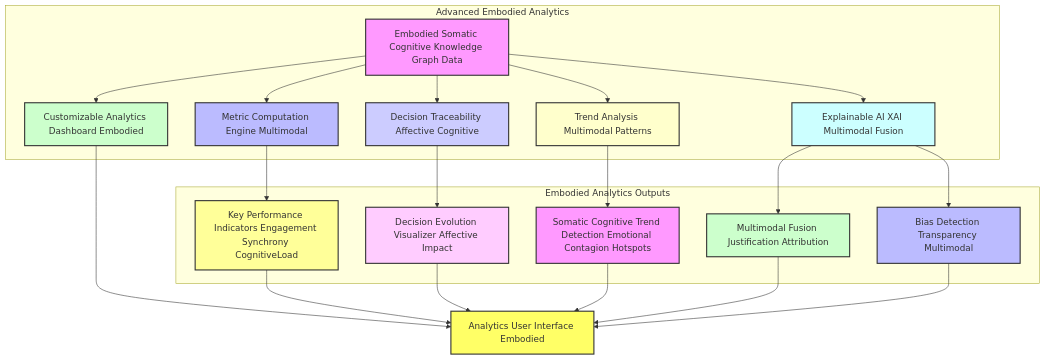
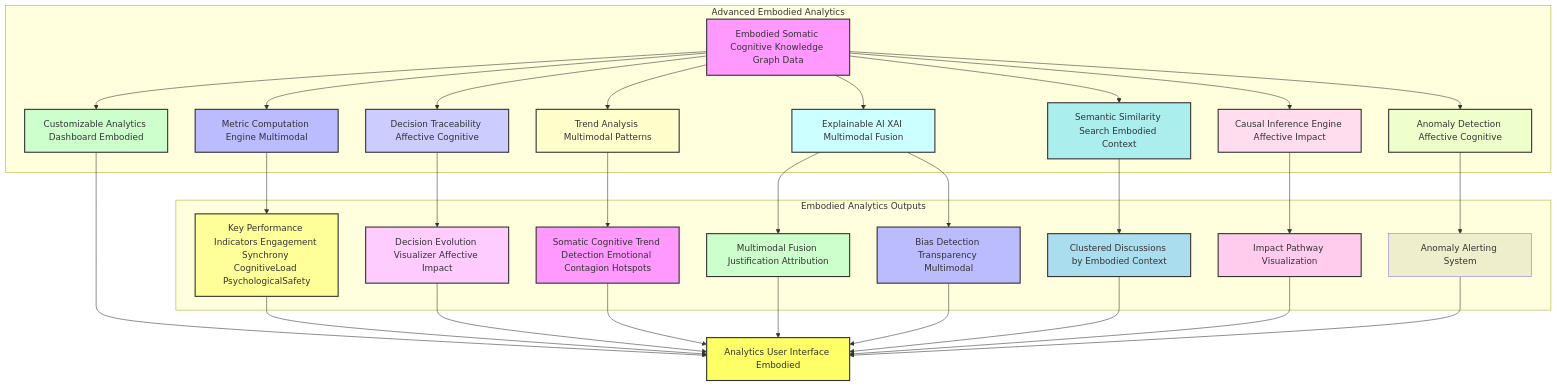
The ninth of 9 diagrams in inventions/inventions/012_holographic_meeting_scribe/014_multimodal_somatic_cognitive_graph_integration.md (diplomat-bit/Citibank_Demo_Business_Inc_Demonstration-), drawn with Mermaid before and after one commit. The commit also changed other lines of this file, not shown here.

Commit message:
[AI] Edit: inventions/inventions/012_holographic_meeting_scribe/014_multimodal_somatic_cognitive_graph_integration.md

````diff
--- a/inventions/inventions/012_holographic_meeting_scribe/014_multimodal_somatic_cognitive_graph_integration.md
+++ b/inventions/inventions/012_holographic_meeting_scribe/014_multimodal_somatic_cognitive_graph_integration.md
@@ -500,39 +789,54 @@
 ```mermaid
 graph TD
     subgraph Advanced Embodied Analytics
         ESCKG_DATA[Embodied Somatic Cognitive Knowledge Graph Data] --> DASHBOARD_E[Customizable Analytics Dashboard Embodied];
         ESCKG_DATA --> METRIC_COMPUTE_E[Metric Computation Engine Multimodal];
         ESCKG_DATA --> TRACE_DEC_E[Decision Traceability Affective Cognitive];
         ESCKG_DATA --> TREND_ANALYSIS_E[Trend Analysis Multimodal Patterns];
         ESCKG_DATA --> XAI_E[Explainable AI XAI Multimodal Fusion];
+        ESCKG_DATA --> SEM_SIM_SEARCH_E[Semantic Similarity Search Embodied Context];
+        ESCKG_DATA --> CAUSAL_INFERENCE_E[Causal Inference Engine Affective Impact];
+        ESCKG_DATA --> ANOMALY_DETECTION_E[Anomaly Detection Affective Cognitive];
     end
 
     subgraph Embodied Analytics Outputs
-        METRIC_COMPUTE_E --> KPIS_E[Key Performance Indicators Engagement Synchrony CognitiveLoad];
+        METRIC_COMPUTE_E --> KPIS_E[Key Performance Indicators Engagement Synchrony CognitiveLoad PsychologicalSafety];
         TRACE_DEC_E --> DEC_EVOL_E[Decision Evolution Visualizer Affective Impact];
         TREND_ANALYSIS_E --> SOM_TRENDS[Somatic Cognitive Trend Detection Emotional Contagion Hotspots];
         XAI_E --> FUSION_JUST[Multimodal Fusion Justification Attribution];
         XAI_E --> BIAS_DETECTION_E[Bias Detection Transparency Multimodal];
+        SEM_SIM_SEARCH_E --> CLUSTERED_INSIGHTS[Clustered Discussions by Embodied Context];
+        CAUSAL_INFERENCE_E --> IMPACT_PATH_VIS[Impact Pathway Visualization];
+        ANOMALY_DETECTION_E --> ALERT_SYSTEM[Anomaly Alerting System];
     end
 
     DASHBOARD_E --> ANALYTICS_UI_E[Analytics User Interface Embodied];
     KPIS_E --> ANALYTICS_UI_E;
     DEC_EVOL_E --> ANALYTICS_UI_E;
     SOM_TRENDS --> ANALYTICS_UI_E;
     FUSION_JUST --> ANALYTICS_UI_E;
     BIAS_DETECTION_E --> ANALYTICS_UI_E;
+    CLUSTERED_INSIGHTS --> ANALYTICS_UI_E;
+    IMPACT_PATH_VIS --> ANALYTICS_UI_E;
+    ALERT_SYSTEM --> ANALYTICS_UI_E;
 
     style ESCKG_DATA fill:#f9f,stroke:#333,stroke-width:2px
     style DASHBOARD_E fill:#cfc,stroke:#333,stroke-width:2px
     style METRIC_COMPUTE_E fill:#bbf,stroke:#333,stroke-width:2px
     style TRACE_DEC_E fill:#ccf,stroke:#333,stroke-width:2px
     style TREND_ANALYSIS_E fill:#ffc,stroke:#333,stroke-width:2px
     style XAI_E fill:#cff,stroke:#333,stroke-width:2px
+    style SEM_SIM_SEARCH_E fill:#aee,stroke:#333,stroke-width:2px
+    style CAUSAL_INFERENCE_E fill:#fde,stroke:#333,stroke-width:2px
+    style ANOMALY_DETECTION_E fill:#efc,stroke:#333,stroke-width:2px
 
     style KPIS_E fill:#ff9,stroke:#333,stroke-width:2px
     style DEC_EVOL_E fill:#fcf,stroke:#333,stroke-width:2px
     style SOM_TRENDS fill:#f9f,stroke:#333,stroke-width:2px
     style FUSION_JUST fill:#cfc,stroke:#333,stroke-width:2px
     style BIAS_DETECTION_E fill:#bbf,stroke:#333,stroke-width:2px
+    style CLUSTERED_INSIGHTS fill:#ade,stroke:#333,stroke-width:2px
+    style IMPACT_PATH_VIS fill:#fce,stroke:#333,stroke-width:2px
+    style ALERT_SYSTEM fill:#eec,stroke:#333,stroke:#2px
     style ANALYTICS_UI_E fill:#ff6,stroke:#333,stroke-width:2px
 ```
````
